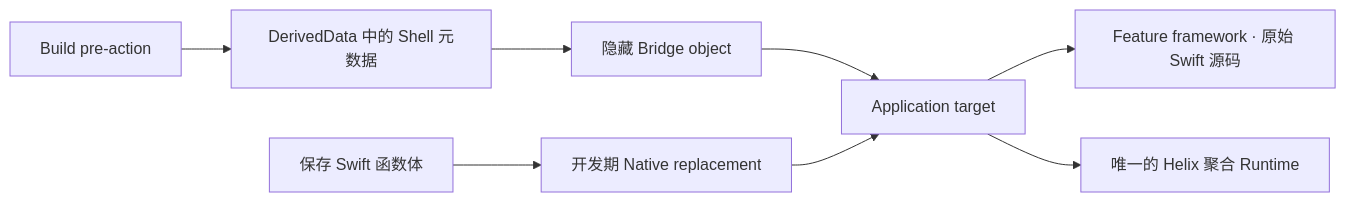
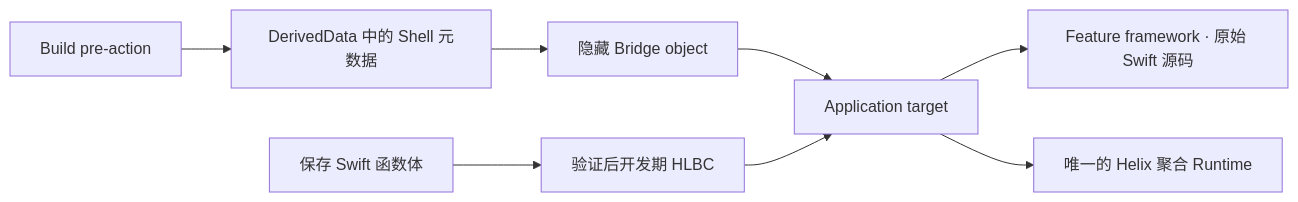
One commit to TangentW/Helix changed the diagram in Docs/Getting-Started.zh-CN.md. Above: the diagram before and after it, drawn with Mermaid. The commit also changed other lines of this file and 104 other files, not shown here.

````diff
--- a/Docs/Getting-Started.zh-CN.md
+++ b/Docs/Getting-Started.zh-CN.md
@@ -20,10 +20,10 @@
 ```mermaid
 flowchart LR
     A["Application target"] --> F["Feature framework · 原始 Swift 源码"]
     A --> R["唯一的 Helix 聚合 Runtime"]
     P["Build pre-action"] --> S["DerivedData 中的 Shell 元数据"]
     S --> H["隐藏 Bridge object"]
     H --> A
-    D["保存 Swift 函数体"] --> N["开发期 Native replacement"]
+    D["保存 Swift 函数体"] --> N["验证后开发期 HLBC"]
     N --> A
 ```
````
